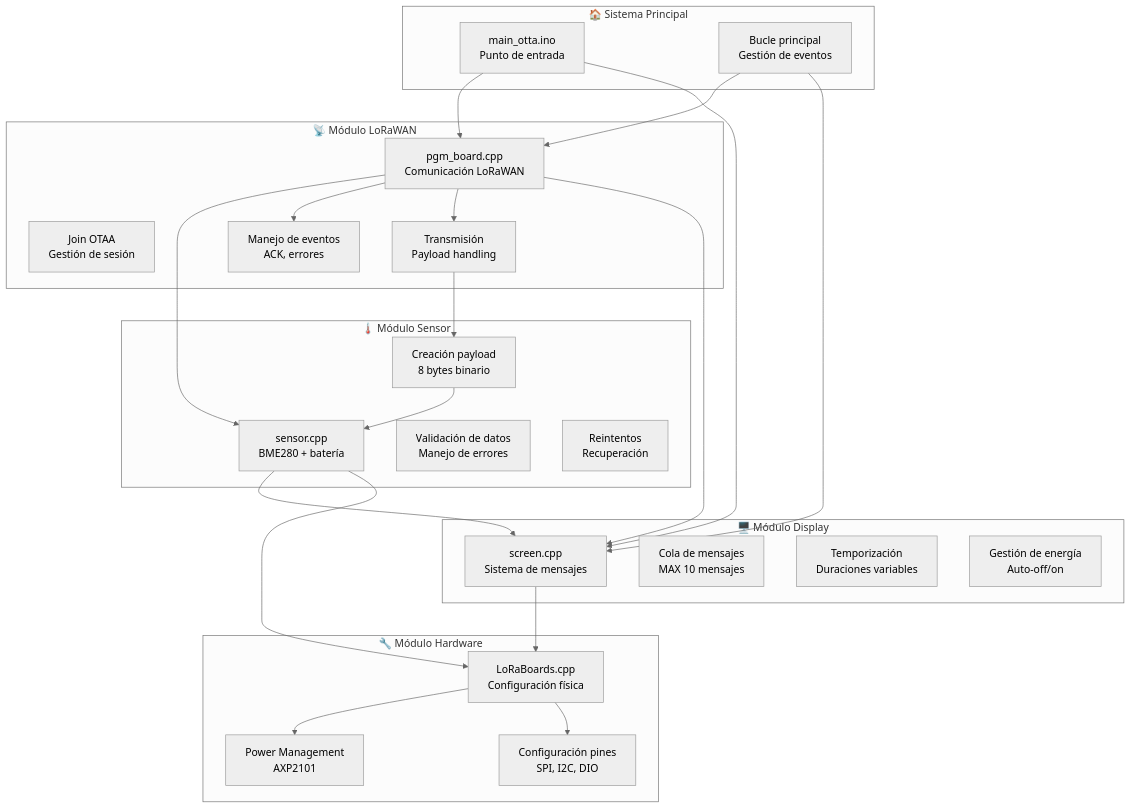
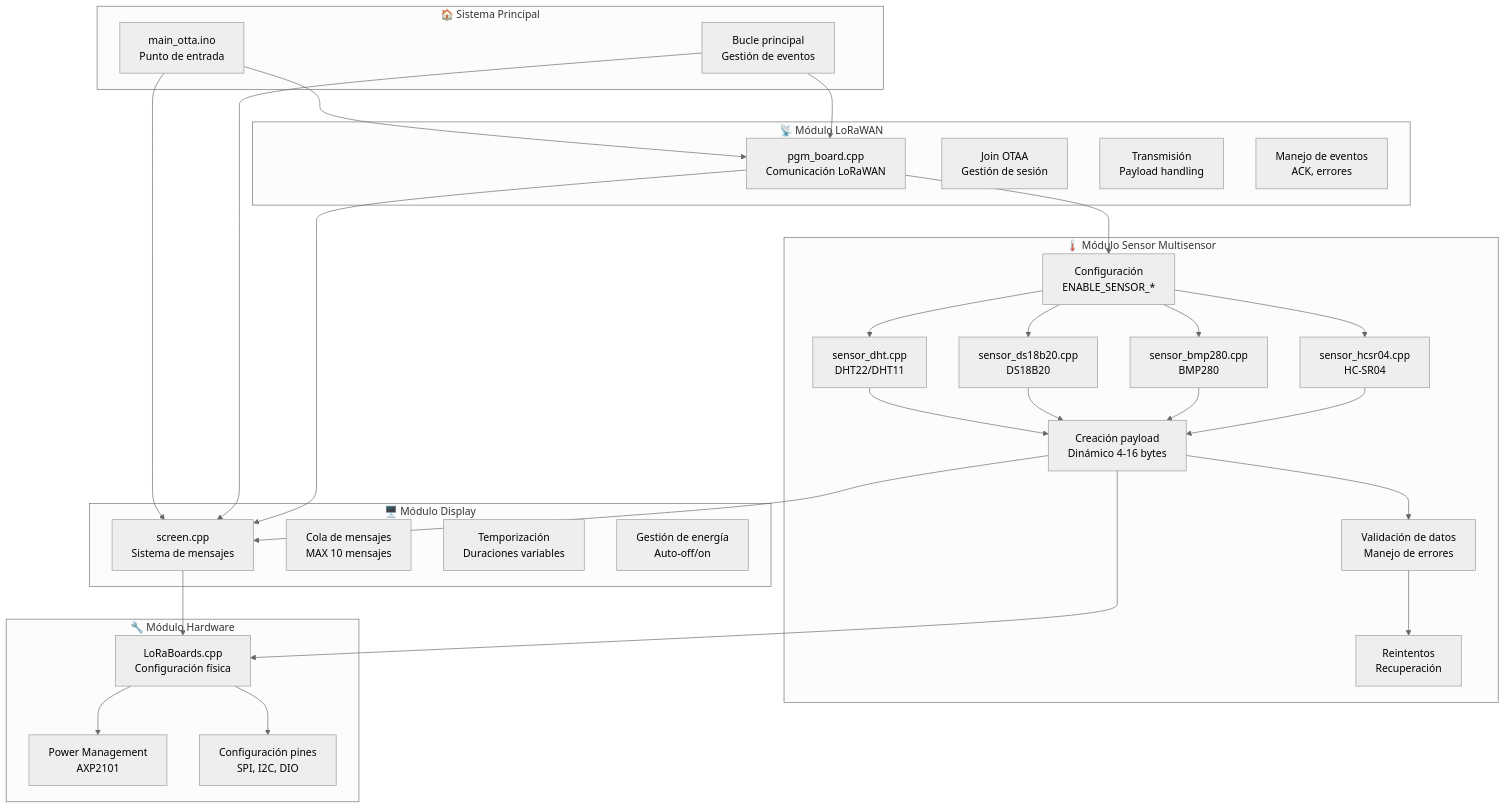
Before and after one commit to ogrgijon/lilygo-lora-1_6_1-lowpower: the first of 5 diagrams in docs/arquitectura.md, drawn with Mermaid (neutral theme). The commit also changed other lines of this file and 50 other files, not shown here.

````diff
--- a/docs/arquitectura.md
+++ b/docs/arquitectura.md
@@ -9,54 +15,63 @@
 ```mermaid
 graph TB
     subgraph "🏠 Sistema Principal"
         MAIN[main_otta.ino<br/>Punto de entrada]
         LOOP[Bucle principal<br/>Gestión de eventos]
     end
 
     subgraph "📡 Módulo LoRaWAN"
         LMIC[pgm_board.cpp<br/>Comunicación LoRaWAN]
         JOIN[Join OTAA<br/>Gestión de sesión]
         TX[Transmisión<br/>Payload handling]
         EVENTS[Manejo de eventos<br/>ACK, errores]
     end
 
-    subgraph "🌡️ Módulo Sensor"
-        BME280[sensor.cpp<br/>BME280 + batería]
-        PAYLOAD[Creación payload<br/>8 bytes binario]
+    subgraph "🌡️ Módulo Sensor Multisensor"
+        CONFIG[Configuración<br/>ENABLE_SENSOR_*]
+        DHT[sensor_dht.cpp<br/>DHT22/DHT11]
+        DS[sensor_ds18b20.cpp<br/>DS18B20]
+        BMP[sensor_bmp280.cpp<br/>BMP280]
+        HC[sensor_hcsr04.cpp<br/>HC-SR04]
+        PAYLOAD[Creación payload<br/>Dinámico 4-16 bytes]
         VALIDATION[Validación de datos<br/>Manejo de errores]
         RETRY[Reintentos<br/>Recuperación]
     end
 
     subgraph "🖥️ Módulo Display"
         OLED[screen.cpp<br/>Sistema de mensajes]
         QUEUE[Cola de mensajes<br/>MAX 10 mensajes]
         TIMING[Temporización<br/>Duraciones variables]
         POWER[Gestión de energía<br/>Auto-off/on]
     end
 
     subgraph "🔧 Módulo Hardware"
         BOARD[LoRaBoards.cpp<br/>Configuración física]
         PMU[Power Management<br/>AXP2101]
         PINS[Configuración pines<br/>SPI, I2C, DIO]
     end
 
     MAIN --> LMIC
     MAIN --> OLED
     LOOP --> LMIC
     LOOP --> OLED
 
-    LMIC --> BME280
-    LMIC --> EVENTS
-    LMIC --> TX
-
-    TX --> PAYLOAD
-    PAYLOAD --> BME280
+    LMIC --> CONFIG
+    CONFIG --> DHT
+    CONFIG --> DS
+    CONFIG --> BMP
+    CONFIG --> HC
+    DHT --> PAYLOAD
+    DS --> PAYLOAD
+    BMP --> PAYLOAD
+    HC --> PAYLOAD
+    PAYLOAD --> VALIDATION
+    VALIDATION --> RETRY
 
     LMIC --> OLED
-    BME280 --> OLED
+    PAYLOAD --> OLED
 
     BOARD --> PMU
     BOARD --> PINS
-    BME280 --> BOARD
+    PAYLOAD --> BOARD
     OLED --> BOARD
 ```
````
